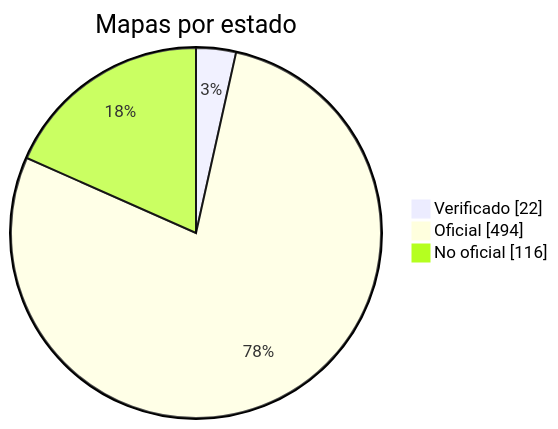
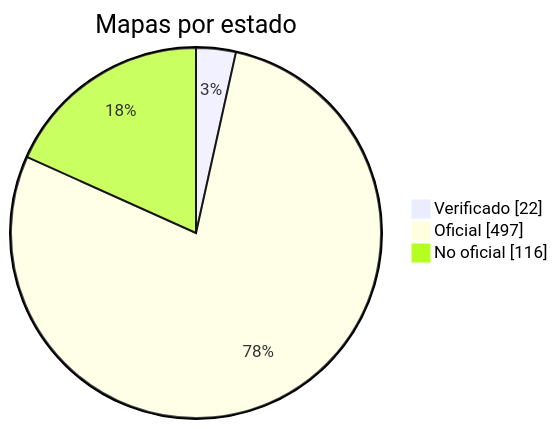
One commit to nobrega8/mbmap-library changed the diagram in docs/readme/README_ES.md. Above: the diagram before and after it, drawn with Mermaid. The commit also changed 8 other files, not shown here.

````diff
--- a/docs/readme/README_ES.md
+++ b/docs/readme/README_ES.md
@@ -54,7 +54,7 @@
 ```mermaid
 pie showData
     title Mapas por estado
     "Verificado" : 22
-    "Oficial" : 494
+    "Oficial" : 497
     "No oficial" : 116
 ```
````
